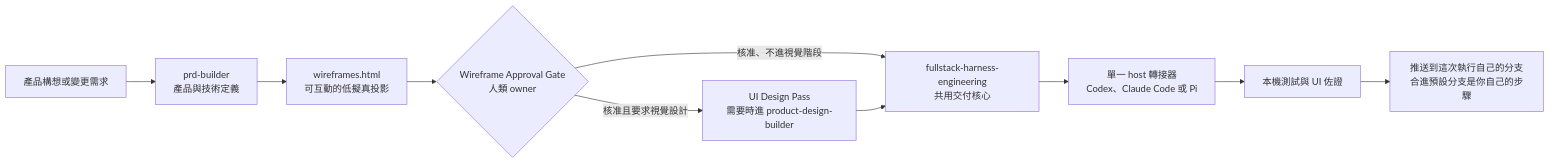
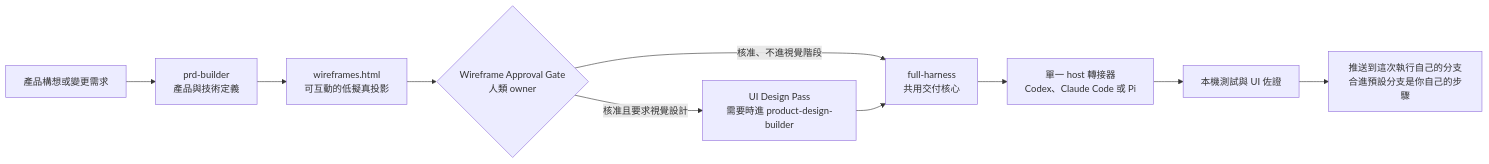
The first of 2 diagrams in README.zh-TW.md (Phlegonlabs/product-delivery-harness), drawn with Mermaid before and after one commit. The commit also changed other lines of this file and 178 other files, not shown here.

````diff
--- a/README.zh-TW.md
+++ b/README.zh-TW.md
@@ -69,12 +69,12 @@
 ```mermaid
 flowchart LR
   Idea["產品構想或變更需求"] --> PRD["prd-builder\n產品與技術定義"]
   PRD --> Wireframe["wireframes.html\n可互動的低擬真投影"]
   Wireframe --> Gate{"Wireframe Approval Gate\n人類 owner"}
   Gate -->|"核准且要求視覺設計"| Design["UI Design Pass\n需要時進 product-design-builder"]
-  Gate -->|"核准、不進視覺階段"| Harness["fullstack-harness-engineering\n共用交付核心"]
+  Gate -->|"核准、不進視覺階段"| Harness["full-harness\n共用交付核心"]
   Design --> Harness
   Harness --> Runtime["單一 host 轉接器\nCodex、Claude Code 或 Pi"]
   Runtime --> Evidence["本機測試與 UI 佐證"]
   Evidence --> Push["推送到這次執行自己的分支\n合進預設分支是你自己的步驟"]
 ```
````
